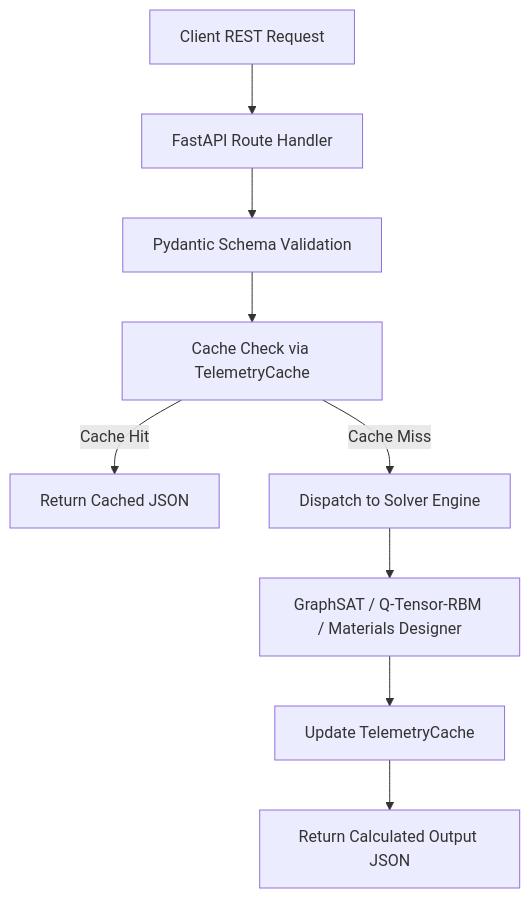
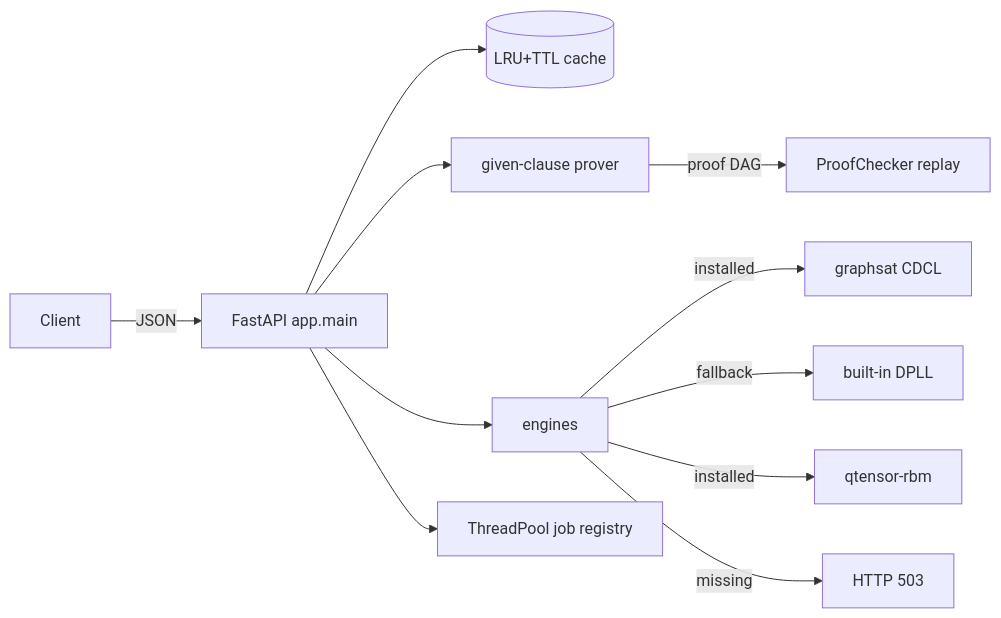
Before and after one commit to Cyb0rg137ms/Axiomatic-Gateway-Scientific-Computing-API-Dashboard: the diagram in README.md, drawn with Mermaid. The commit also changed other lines of this file and 56 other files, not shown here.

Commit message:
v2: sound given-clause prover with self-checked proofs; remove mock engine fallbacks; real background jobs; packaging, CI, benchmarks

````diff
--- a/README.md
+++ b/README.md
@@ -32,11 +66,13 @@
 ```mermaid
-graph TD
-    A[Client REST Request] --> B[FastAPI Route Handler]
-    B --> C[Pydantic Schema Validation]
-    C --> D[Cache Check via TelemetryCache]
-    D -->|Cache Hit| E[Return Cached JSON]
-    D -->|Cache Miss| F[Dispatch to Solver Engine]
-    F --> G[GraphSAT / Q-Tensor-RBM / Materials Designer]
-    G --> H[Update TelemetryCache]
-    H --> I[Return Calculated Output JSON]
+flowchart LR
+  C[Client] -->|JSON| API[FastAPI app.main]
+  API --> CA[(LRU+TTL cache)]
+  API --> PR[given-clause prover]
+  PR -->|proof DAG| CK[ProofChecker replay]
+  API --> EN[engines]
+  EN -->|installed| GS[graphsat CDCL]
+  EN -->|fallback| DP[built-in DPLL]
+  EN -->|installed| QT[qtensor-rbm]
+  EN -->|missing| E503[HTTP 503]
+  API --> RG[ThreadPool job registry]
 ```
````
